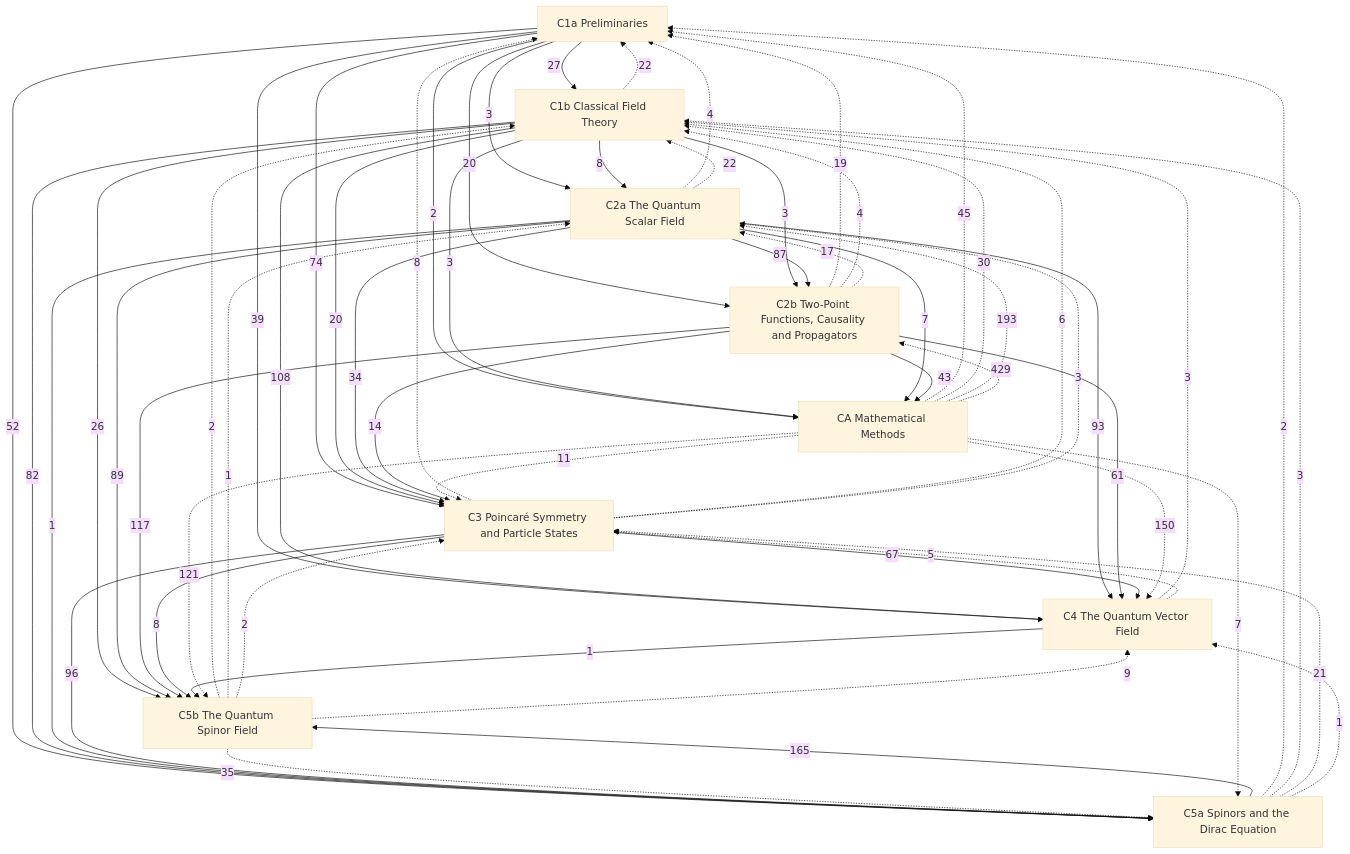
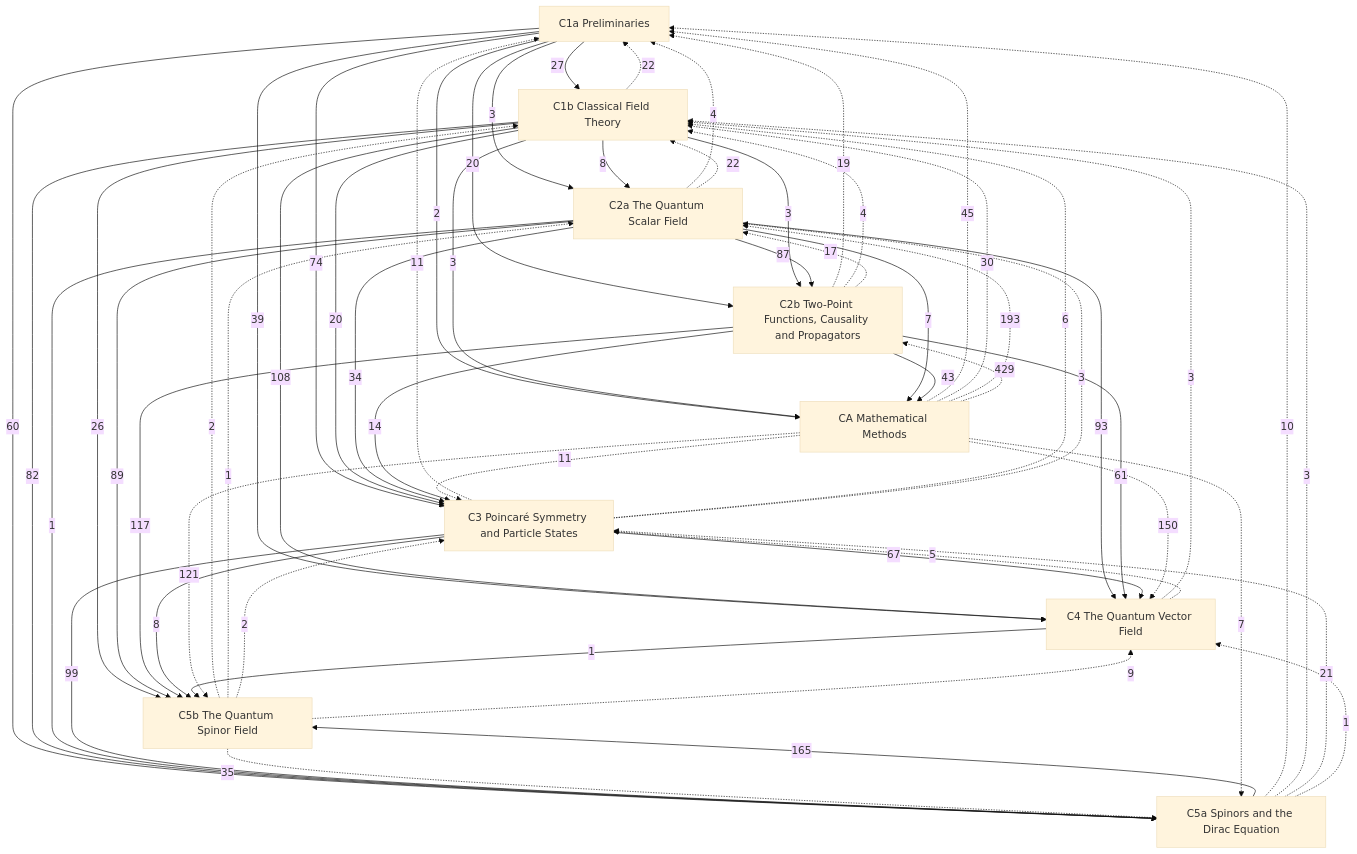
One commit to Onion20040508/notes changed the diagram in Physics/Quantum Field Theory/Quantum Field Theory.md. Above: the diagram before and after it, drawn with Mermaid (base theme). The commit also changed 7 other files, not shown here.

````diff
--- a/Physics/Quantum Field Theory/Quantum Field Theory.md
+++ b/Physics/Quantum Field Theory/Quantum Field Theory.md
@@ -28,69 +28,69 @@
 ```mermaid
 graph TD
   C1a["C1a Preliminaries"]
   C1b["C1b Classical Field Theory"]
   C2a["C2a The Quantum Scalar Field"]
   C2b["C2b Two-Point Functions, Causality and Propagators"]
   C3["C3 Poincaré Symmetry and Particle States"]
   C4["C4 The Quantum Vector Field"]
   C5a["C5a Spinors and the Dirac Equation"]
   C5b["C5b The Quantum Spinor Field"]
   CA["CA Mathematical Methods"]
   C1a -->|27| C1b
   C1a -->|3| C2a
   C1b -->|8| C2a
   C1a -->|20| C2b
   C1b -->|3| C2b
   C2a -->|87| C2b
   C1a -->|74| C3
   C1b -->|20| C3
   C2a -->|34| C3
   C2b -->|14| C3
   C1a -->|39| C4
   C1b -->|108| C4
   C2a -->|93| C4
   C2b -->|61| C4
   C3 -->|67| C4
-  C1a -->|52| C5a
+  C1a -->|60| C5a
   C1b -->|82| C5a
   C2a -->|1| C5a
-  C3 -->|96| C5a
+  C3 -->|99| C5a
   C1b -->|26| C5b
   C2a -->|89| C5b
   C2b -->|117| C5b
   C3 -->|8| C5b
   C4 -->|1| C5b
   C5a -->|165| C5b
   C1a -->|2| CA
   C1b -->|3| CA
   C2a -->|7| CA
   C2b -->|43| CA
   C1b -.->|22| C1a
   C2a -.->|4| C1a
   C2b -.->|19| C1a
-  C3 -.->|8| C1a
-  C5a -.->|2| C1a
+  C3 -.->|11| C1a
+  C5a -.->|10| C1a
   CA -.->|45| C1a
   C2a -.->|22| C1b
   C2b -.->|4| C1b
   C3 -.->|6| C1b
   C4 -.->|3| C1b
   C5a -.->|3| C1b
   C5b -.->|2| C1b
   CA -.->|30| C1b
   C2b -.->|17| C2a
   C3 -.->|3| C2a
   C5b -.->|1| C2a
   CA -.->|193| C2a
   CA -.->|429| C2b
   C4 -.->|5| C3
   C5a -.->|21| C3
   C5b -.->|2| C3
   CA -.->|11| C3
   C5a -.->|1| C4
   C5b -.->|9| C4
   CA -.->|150| C4
   C5b -.->|35| C5a
   CA -.->|7| C5a
   CA -.->|121| C5b
 ```
````
